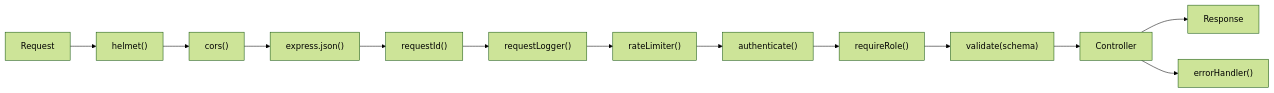
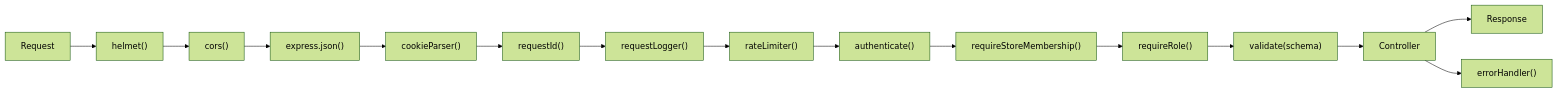
The fifth of 12 diagrams in implementation_plan.md (mr-sohel/SellWise), drawn with Mermaid (forest theme) before and after one commit. The commit also changed other lines of this file and 65 other files, not shown here.

````diff
--- a/implementation_plan.md
+++ b/implementation_plan.md
@@ -739,15 +740,17 @@
 ```mermaid
 graph LR
     A["Request"] --> B["helmet()"]
     B --> C["cors()"]
     C --> D["express.json()"]
-    D --> E["requestId()"]
-    E --> F["requestLogger()"]
-    F --> G["rateLimiter()"]
-    G --> H["authenticate()"]
-    H --> I["requireRole()"]
-    I --> J["validate(schema)"]
-    J --> K["Controller"]
-    K --> L["Response"]
-    K --> M["errorHandler()"]
+    D --> E["cookieParser()"]
+    E --> F["requestId()"]
+    F --> G["requestLogger()"]
+    G --> H["rateLimiter()"]
+    H --> I["authenticate()"]
+    I --> J["requireStoreMembership()"]
+    J --> K["requireRole()"]
+    K --> L["validate(schema)"]
+    L --> M["Controller"]
+    M --> N["Response"]
+    M --> O["errorHandler()"]
 ```
````
